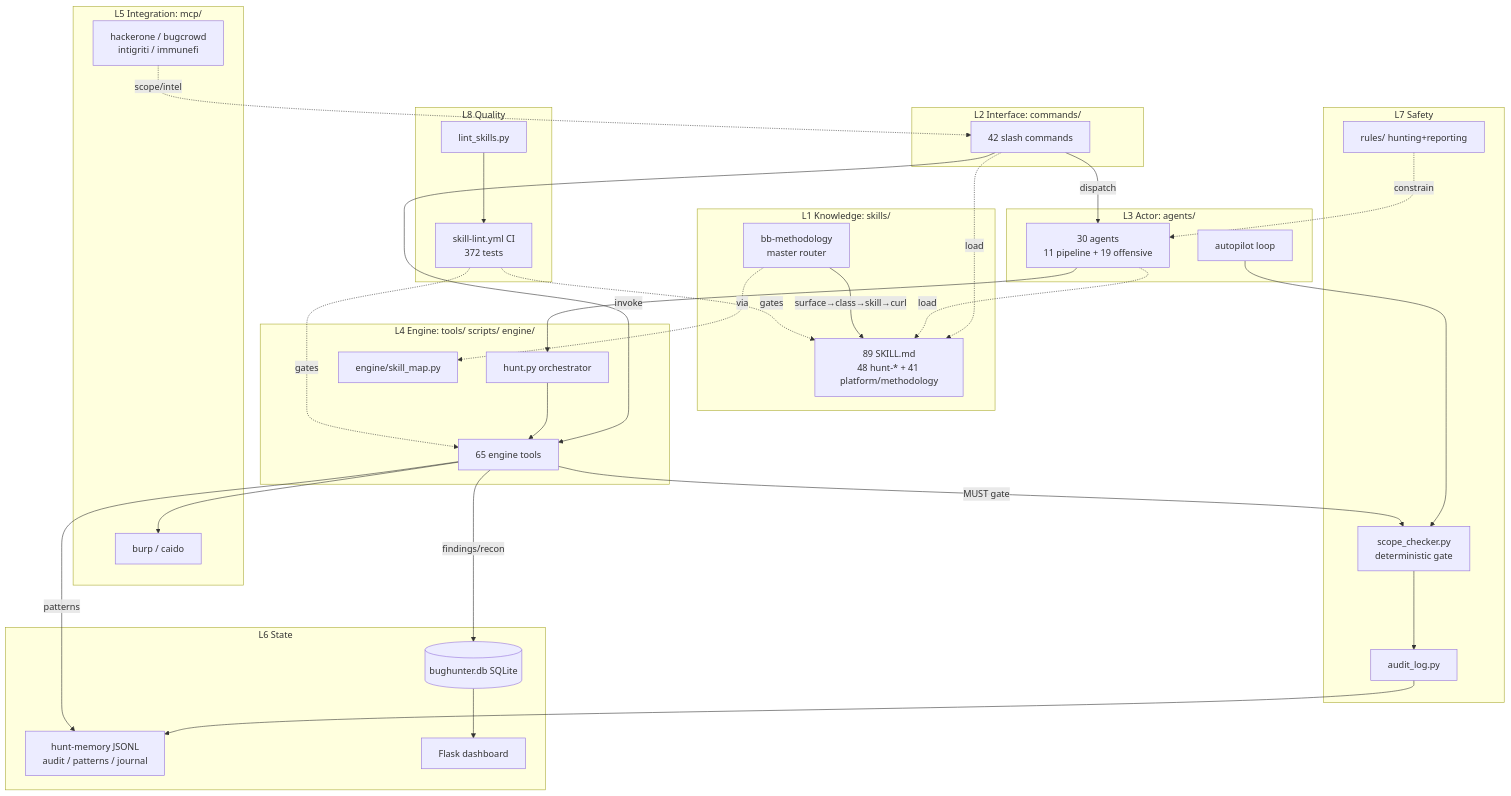
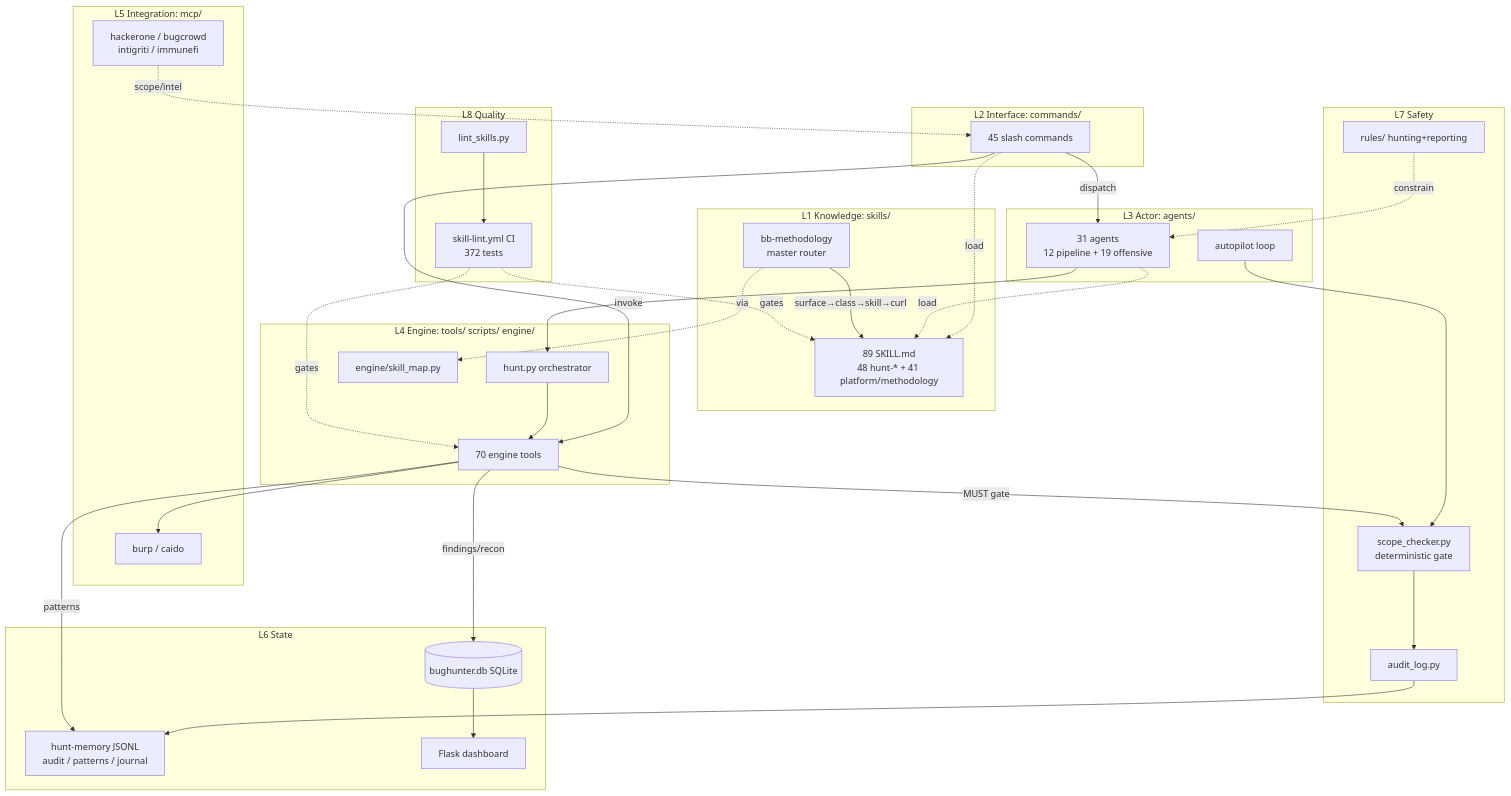
The first of 2 diagrams in docs/OVERVIEW.md (bpnrockstar/UnifiedBugHunter), drawn with Mermaid before and after one commit. The commit also changed other lines of this file and 35 other files, not shown here.

````diff
--- a/docs/OVERVIEW.md
+++ b/docs/OVERVIEW.md
@@ -41,59 +41,59 @@
 ```mermaid
 graph TD
     subgraph L1[L1 Knowledge: skills/]
         SK[89 SKILL.md<br/>48 hunt-* + 41 platform/methodology]
         BBM[bb-methodology<br/>master router]
     end
     subgraph L2[L2 Interface: commands/]
-        CMD[42 slash commands]
+        CMD[45 slash commands]
     end
     subgraph L3[L3 Actor: agents/]
-        AG[30 agents<br/>11 pipeline + 19 offensive]
+        AG[31 agents<br/>12 pipeline + 19 offensive]
         AUTO[autopilot loop]
     end
     subgraph L4[L4 Engine: tools/ scripts/ engine/]
         HUNT[hunt.py orchestrator]
-        ENG[65 engine tools]
+        ENG[70 engine tools]
         SMAP[engine/skill_map.py]
     end
     subgraph L5[L5 Integration: mcp/]
         PROXY[burp / caido]
         INTEL[hackerone / bugcrowd<br/>intigriti / immunefi]
     end
     subgraph L6[L6 State]
         JSONL[hunt-memory JSONL<br/>audit / patterns / journal]
         DB[(bughunter.db SQLite)]
         DASH[Flask dashboard]
     end
     subgraph L7[L7 Safety]
         SCOPE[scope_checker.py<br/>deterministic gate]
         AUDIT[audit_log.py]
         RULES[rules/ hunting+reporting]
     end
     subgraph L8[L8 Quality]
         LINT[lint_skills.py]
         CI[skill-lint.yml CI<br/>372 tests]
     end
 
     CMD -->|invoke| ENG
     CMD -->|dispatch| AG
     CMD -.load.-> SK
     AG -.load.-> SK
     BBM -->|surface→class→skill→curl| SK
     BBM -.via.-> SMAP
     AG --> HUNT
     HUNT --> ENG
     AUTO --> SCOPE
     ENG -->|MUST gate| SCOPE
     ENG --> PROXY
     INTEL -.scope/intel.-> CMD
     SCOPE --> AUDIT
     AUDIT --> JSONL
     ENG -->|patterns| JSONL
     ENG -->|findings/recon| DB
     DB --> DASH
     RULES -.constrain.-> AG
     LINT --> CI
     CI -.gates.-> SK
     CI -.gates.-> ENG
 ```
````
